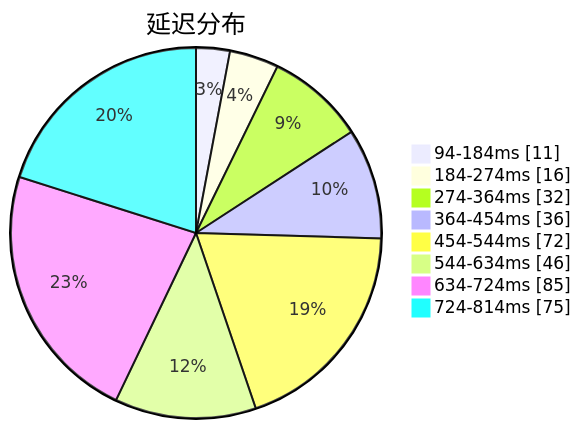
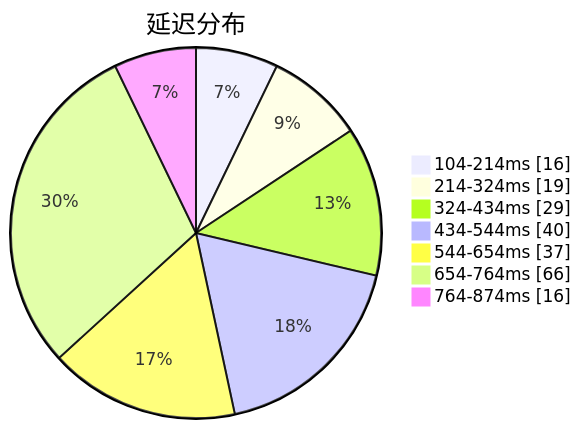
Before and after one commit to sinspired/airport: the first of 3 diagrams in subs/statistics/tested_within.md, drawn with Mermaid. The commit also changed other lines of this file and 2 other files, not shown here.

````diff
--- a/subs/statistics/tested_within.md
+++ b/subs/statistics/tested_within.md
@@ -2,12 +2,11 @@
 ```mermaid
 pie showData
 title 延迟分布
-"94-184ms" : 11
-"184-274ms" : 16
-"274-364ms" : 32
-"364-454ms" : 36
-"454-544ms" : 72
-"544-634ms" : 46
-"634-724ms" : 85
-"724-814ms" : 75
+"104-214ms" : 16
+"214-324ms" : 19
+"324-434ms" : 29
+"434-544ms" : 40
+"544-654ms" : 37
+"654-764ms" : 66
+"764-874ms" : 16
 ```
````
